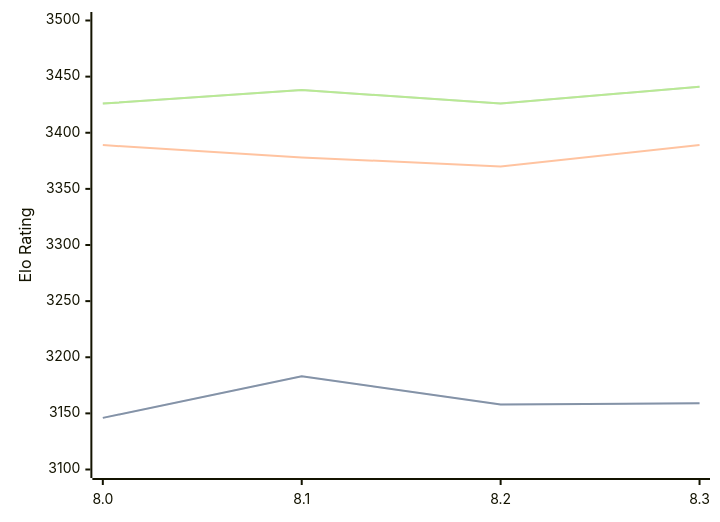
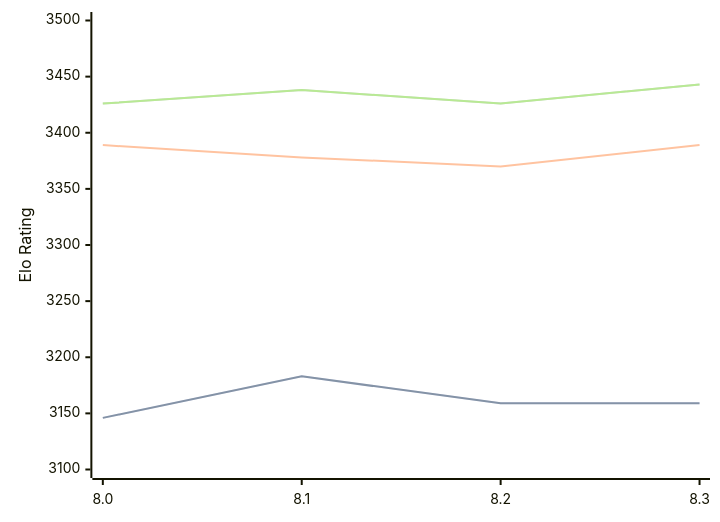
Before and after one commit to computer-chess-index/cci: the diagram in engines/Alexander.md, drawn with Mermaid. The commit also changed other lines of this file, not shown here.

Commit message:
Update CCI Ratings (ELO VLTC) - 2026-09-26

````diff
--- a/engines/Alexander.md
+++ b/engines/Alexander.md
@@ -34,11 +34,11 @@
 ```mermaid
 %%{init: {"theme":"base","themeVariables":{"seriesColors:['#a3a3a3','#222221','#faa371']}}}%%
 xychart-beta
   x-axis ["8.0", "8.1", "8.2", "8.3"]
   y-axis "Elo Rating" 3100 --> 3500
-  line "" [3146, 3183, 3158, 3159]
-  line "STC (8.0+0.08s)" [3146, 3183, 3158, 3159]
+  line "" [3146, 3183, 3159, 3159]
+  line "STC (8.0+0.08s)" [3146, 3183, 3159, 3159]
   line "LTC (60.0+0.60s)" [3389, 3378, 3370, 3389]
-  line "" [3426, 3438, 3426, 3441]
-  line "VLTC (2m24s+1.12s)" [3426, 3438, 3426, 3441]
+  line "" [3426, 3438, 3426, 3443]
+  line "VLTC (2m24s+1.12s)" [3426, 3438, 3426, 3443]
 ```
````
